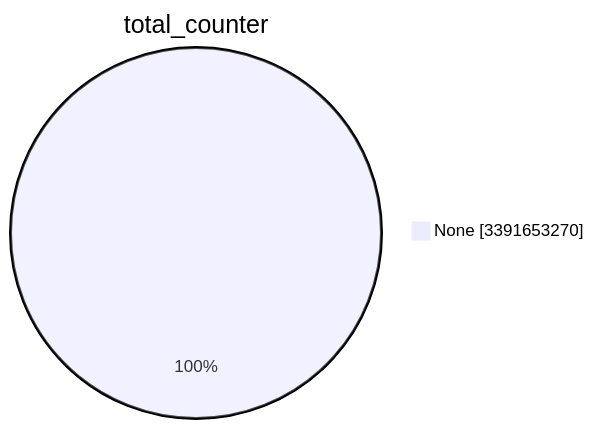
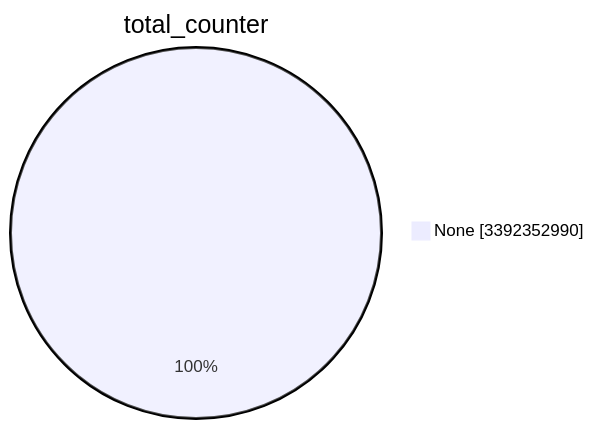
One commit to christiankrug/ctmonitor_visualization changed the first of 15 diagrams in TOTAL/README.md. Above: the diagram before and after it, drawn with Mermaid. The commit also changed other lines of this file, not shown here.

````diff
--- a/TOTAL/README.md
+++ b/TOTAL/README.md
@@ -1,5 +1,5 @@
 ```mermaid
 pie showData
 title total_counter
-"None" :3391653270
+"None" :3392352990
 ```
````
